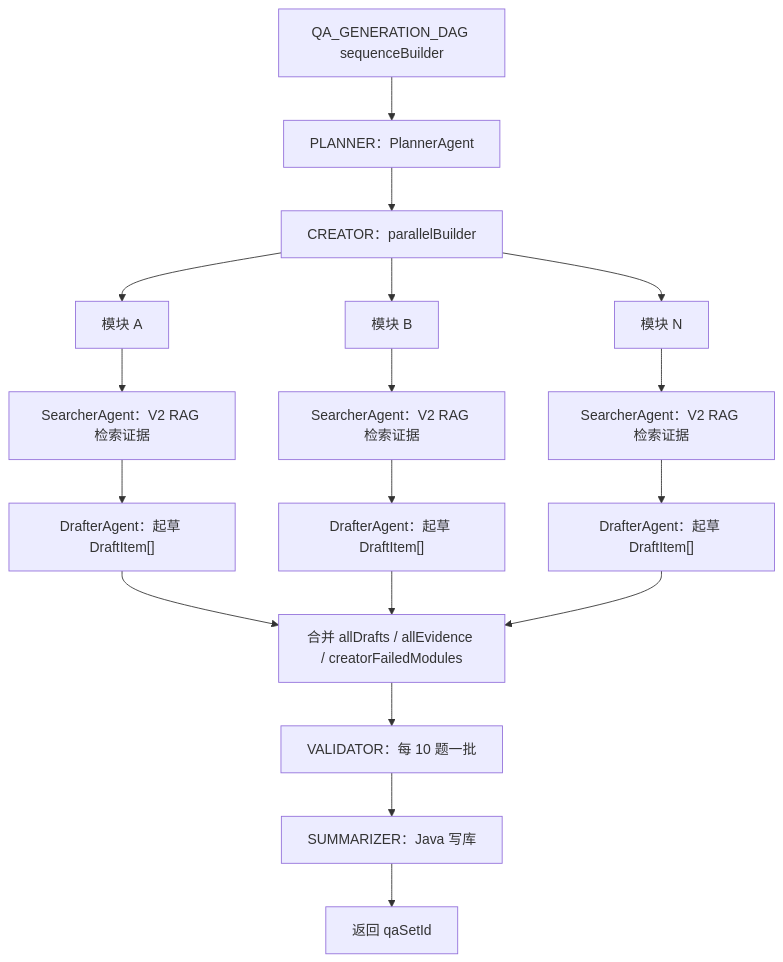
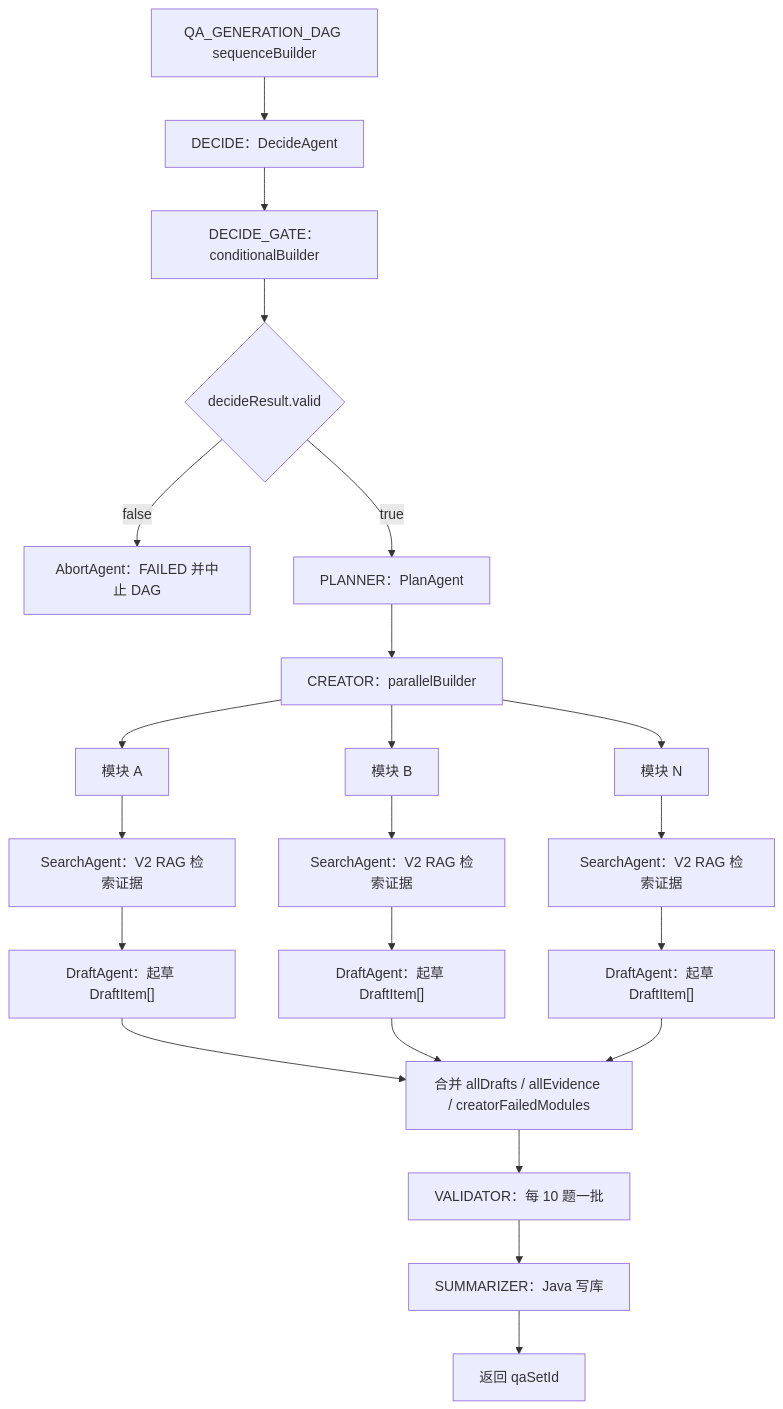
Before and after one commit to dasi0227/QA-Agent: the second of 3 diagrams in docs/V3-GenerateAgent-Design.md, drawn with Mermaid. The commit also changed other lines of this file and 86 other files, not shown here.

First line of the commit message:
feat: implement V3 generate agent DAG

````diff
--- a/docs/V3-GenerateAgent-Design.md
+++ b/docs/V3-GenerateAgent-Design.md
@@ -59,20 +62,24 @@
 ```mermaid
 flowchart TD
-    START["QA_GENERATION_DAG sequenceBuilder"] --> P["PLANNER：PlannerAgent"]
+    START["QA_GENERATION_DAG sequenceBuilder"] --> DA["DECIDE：DecideAgent"]
+    DA --> DG["DECIDE_GATE：conditionalBuilder"]
+    DG --> J{"decideResult.valid"}
+    J -->|false| FA["AbortAgent：FAILED 并中止 DAG"]
+    J -->|true| P["PLANNER：PlanAgent"]
     P --> C["CREATOR：parallelBuilder"]
     C --> M1["模块 A"]
     C --> M2["模块 B"]
     C --> MN["模块 N"]
-    M1 --> S1["SearcherAgent：V2 RAG 检索证据"]
-    S1 --> D1["DrafterAgent：起草 DraftItem[]"]
-    M2 --> S2["SearcherAgent：V2 RAG 检索证据"]
-    S2 --> D2["DrafterAgent：起草 DraftItem[]"]
-    MN --> SN["SearcherAgent：V2 RAG 检索证据"]
-    SN --> DN["DrafterAgent：起草 DraftItem[]"]
+    M1 --> S1["SearchAgent：V2 RAG 检索证据"]
+    S1 --> D1["DraftAgent：起草 DraftItem[]"]
+    M2 --> S2["SearchAgent：V2 RAG 检索证据"]
+    S2 --> D2["DraftAgent：起草 DraftItem[]"]
+    MN --> SN["SearchAgent：V2 RAG 检索证据"]
+    SN --> DN["DraftAgent：起草 DraftItem[]"]
     D1 --> MERGE["合并 allDrafts / allEvidence / creatorFailedModules"]
     D2 --> MERGE
     DN --> MERGE
     MERGE --> V["VALIDATOR：每 10 题一批"]
     V --> SUM["SUMMARIZER：Java 写库"]
     SUM --> END["返回 qaSetId"]
 ```
````
